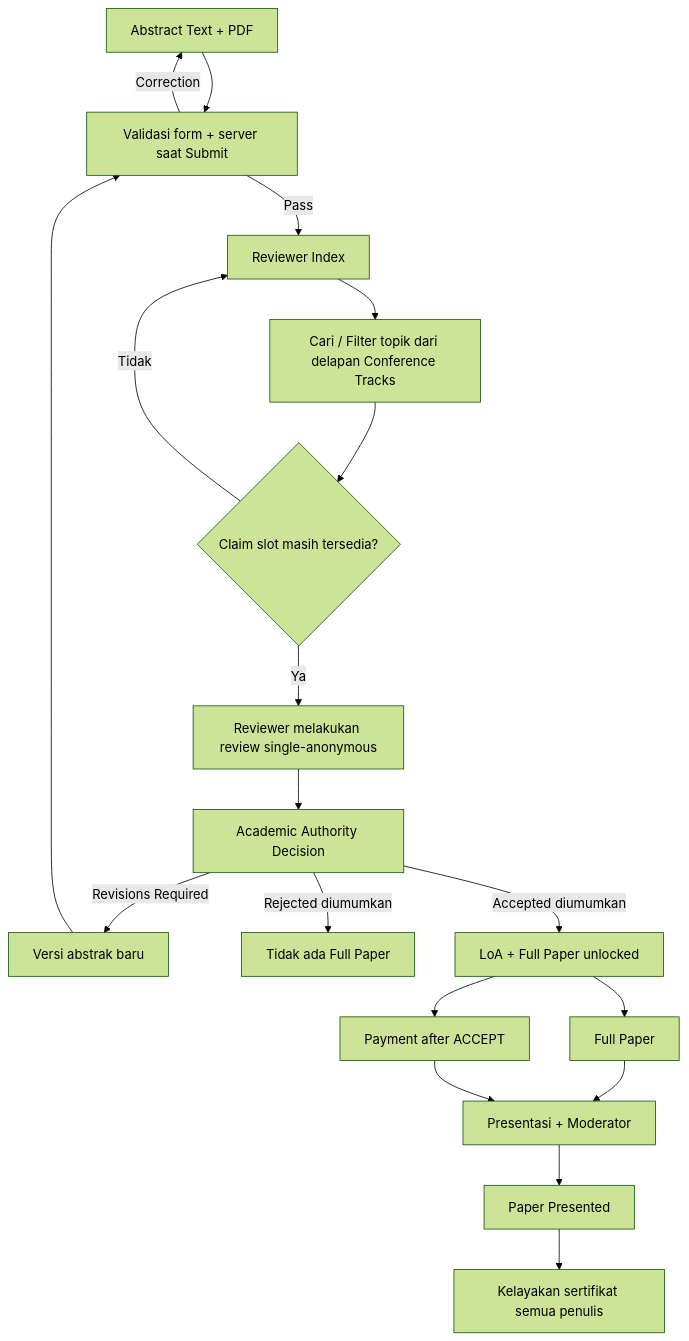
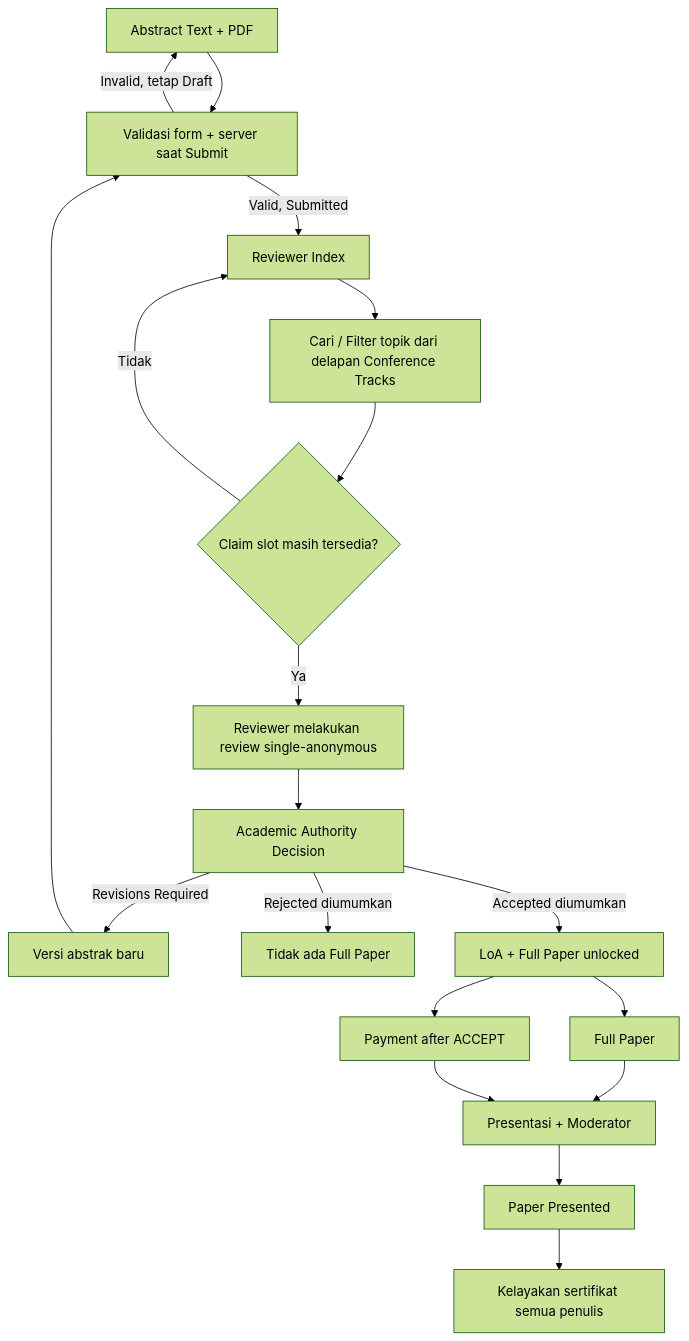
Before and after one commit to akhmadafnan/iches-unisya: the diagram in docs/03-SUBMISSION-REVIEW-AKADEMIK.md, drawn with Mermaid (forest theme). The commit also changed other lines of this file, not shown here.

Commit message:
docs: QA consistency of direct reviewer submission workflow

````diff
--- a/docs/03-SUBMISSION-REVIEW-AKADEMIK.md
+++ b/docs/03-SUBMISSION-REVIEW-AKADEMIK.md
@@ -36,21 +36,21 @@
 ```mermaid
 flowchart TD
   A["Abstract Text + PDF"] --> B["Validasi form + server saat Submit"]
-  B -->|Correction| A
-  B -->|Pass| C["Reviewer Index"]
+  B -->|Invalid, tetap Draft| A
+  B -->|Valid, Submitted| C["Reviewer Index"]
   C --> D["Cari / Filter topik dari delapan Conference Tracks"]
   D --> E{"Claim slot masih tersedia?"}
   E -->|Ya| F["Reviewer melakukan review single-anonymous"]
   E -->|Tidak| C
   F --> G["Academic Authority Decision"]
   G -->|Revisions Required| H["Versi abstrak baru"]
   H --> B
   G -->|Rejected diumumkan| R["Tidak ada Full Paper"]
   G -->|Accepted diumumkan| I["LoA + Full Paper unlocked"]
   I --> J["Full Paper"]
   I --> K["Payment after ACCEPT"]
   J --> L["Presentasi + Moderator"]
   K --> L
   L --> M["Paper Presented"]
   M --> N["Kelayakan sertifikat semua penulis"]
 ```
````
